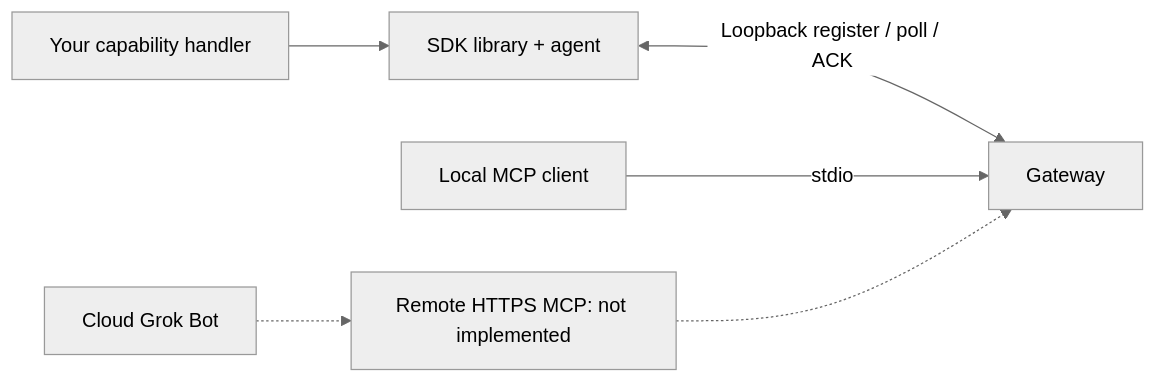
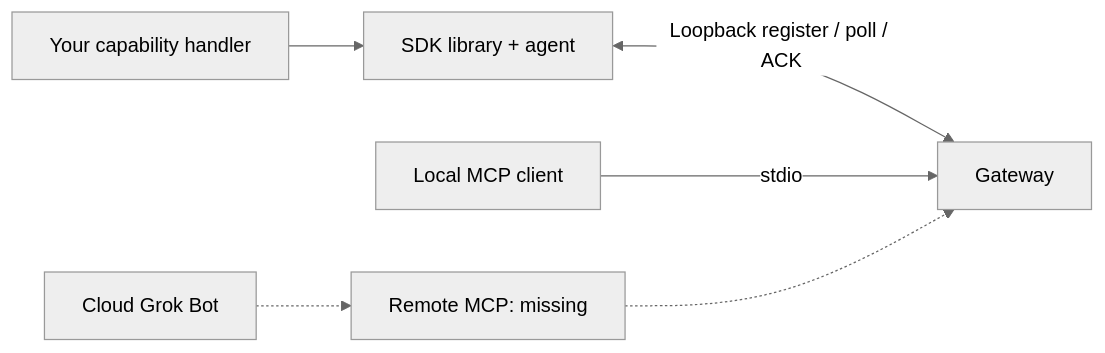
Before and after one commit to adidshaft/grok-gadgets-linux-sdk: the diagram in README.md, drawn with Mermaid (neutral theme).

Commit message:
docs: fit hosting diagram labels (HOSTING-DOCS-LIN-001)

````diff
--- a/README.md
+++ b/README.md
@@ -9,8 +9,8 @@
 ```mermaid
 flowchart LR
     A["Your capability handler"] --> S["SDK library + agent"]
     S <-->|"Loopback register / poll / ACK"| G["Gateway"]
     C["Local MCP client"] -->|"stdio"| G
-    B["Cloud Grok Bot"] -.-> R["Remote HTTPS MCP: not implemented"]
+    B["Cloud Grok Bot"] -.-> R["Remote MCP: missing"]
     R -.-> G
 ```
````
